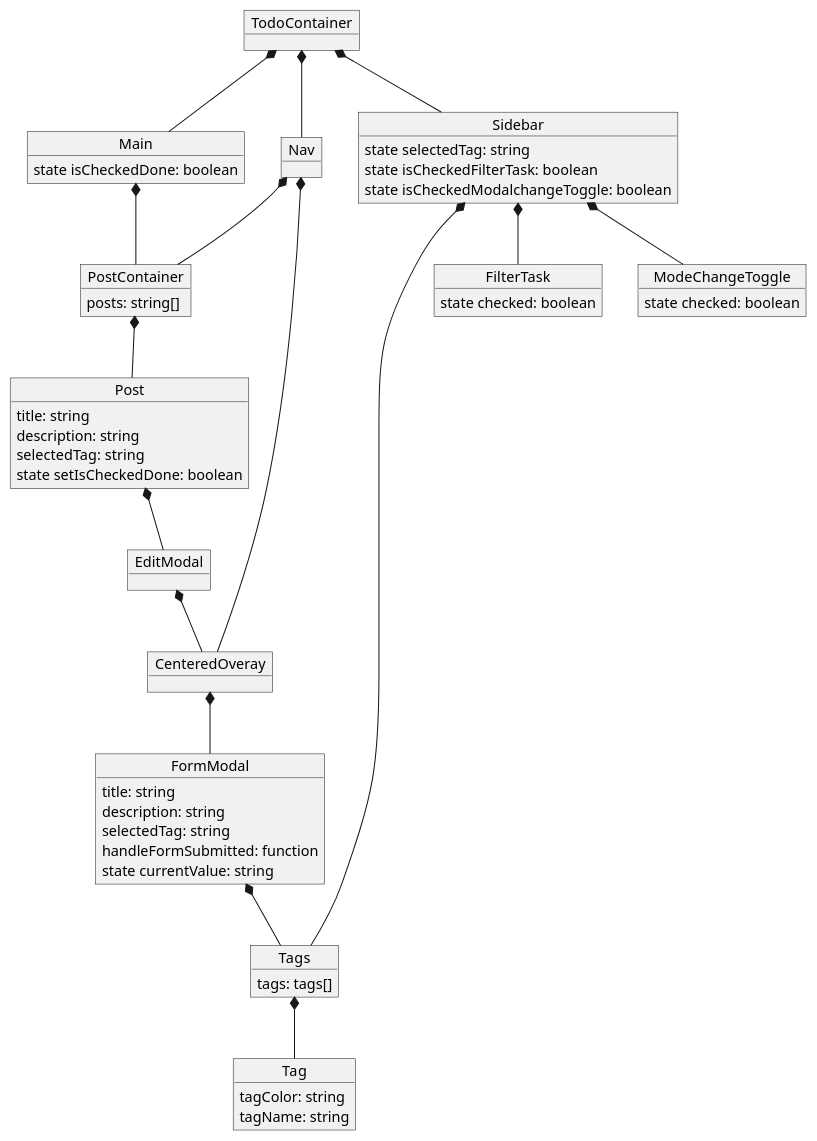
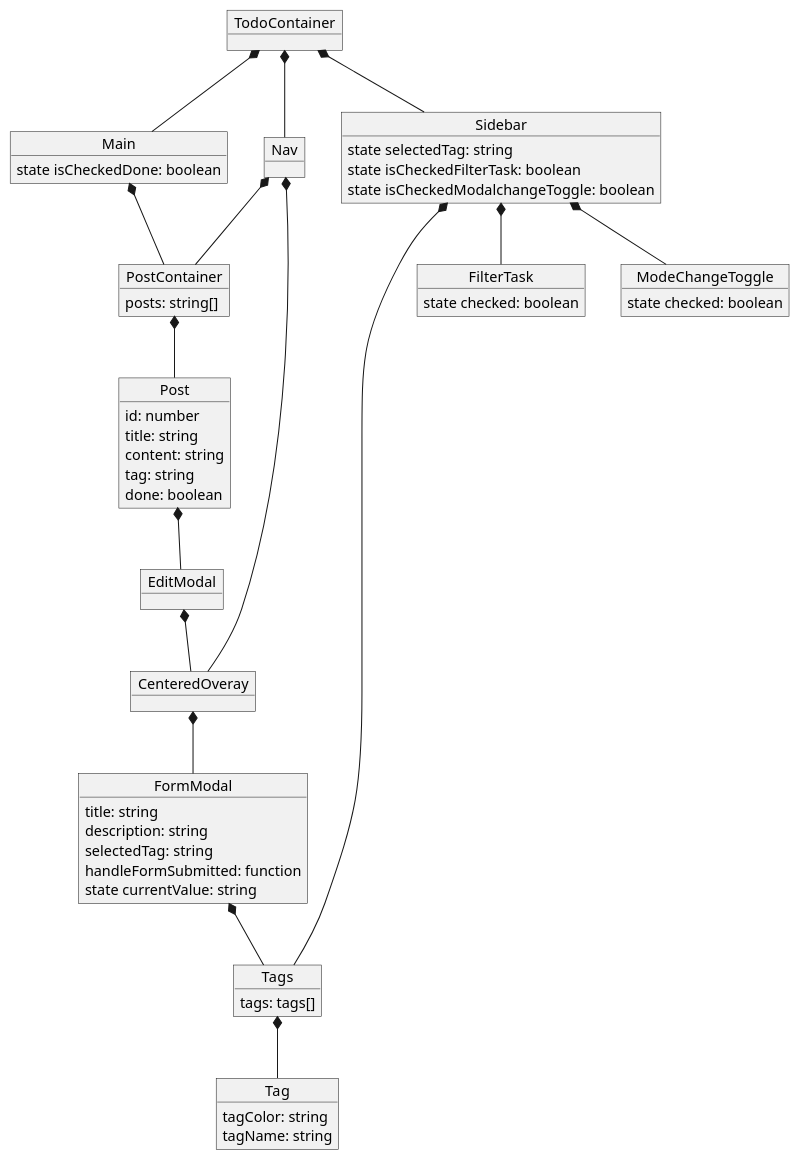
The diagram in src/docs/react_component_diagram.plantuml (Aroma-oh/todo), drawn with PlantUML before and after one commit. The commit also changed 20 other files, not shown here.

```diff
--- a/src/docs/react_component_diagram.plantuml
+++ b/src/docs/react_component_diagram.plantuml
@@ -1,68 +1,68 @@
 @startuml todo service
 object TodoContainer 
 
 object Nav 
 object Sidebar {
     state selectedTag: string
     state isCheckedFilterTask: boolean
     state isCheckedModalchangeToggle: boolean
 }
 object Main {
     state isCheckedDone: boolean
 }
 
 object Tags {
     tags: tags[]
 }
 object Tag {
     tagColor: string
     tagName: string
 }
 object FilterTask {
     state checked: boolean
 }
 object ModeChangeToggle {
     state checked: boolean
 }
 
 object PostContainer {
     posts: string[]
 }
 object Post {
+    id: number
     title: string 
-    description: string
-    selectedTag: string
-
-    state setIsCheckedDone: boolean
+    content: string
+    tag: string
+    done: boolean
 }
 object EditModal
 
 object CenteredOveray
 object FormModal {
     title: string 
     description: string
     selectedTag: string
     handleFormSubmitted: function
     state currentValue: string
 }
 
 TodoContainer *-- Nav
 TodoContainer *-- Sidebar
 TodoContainer *-- Main
 
 Sidebar *-- Tags
 Sidebar *-- FilterTask
 Sidebar *-- ModeChangeToggle
 Tags *-- Tag
 
 Main *-- PostContainer
 Nav *-- PostContainer
 PostContainer *-- Post
 Post *-- EditModal
 
 Nav *-- CenteredOveray
 EditModal *-- CenteredOveray
 CenteredOveray *-- FormModal
 FormModal *-- Tags
 
 @enduml
```
